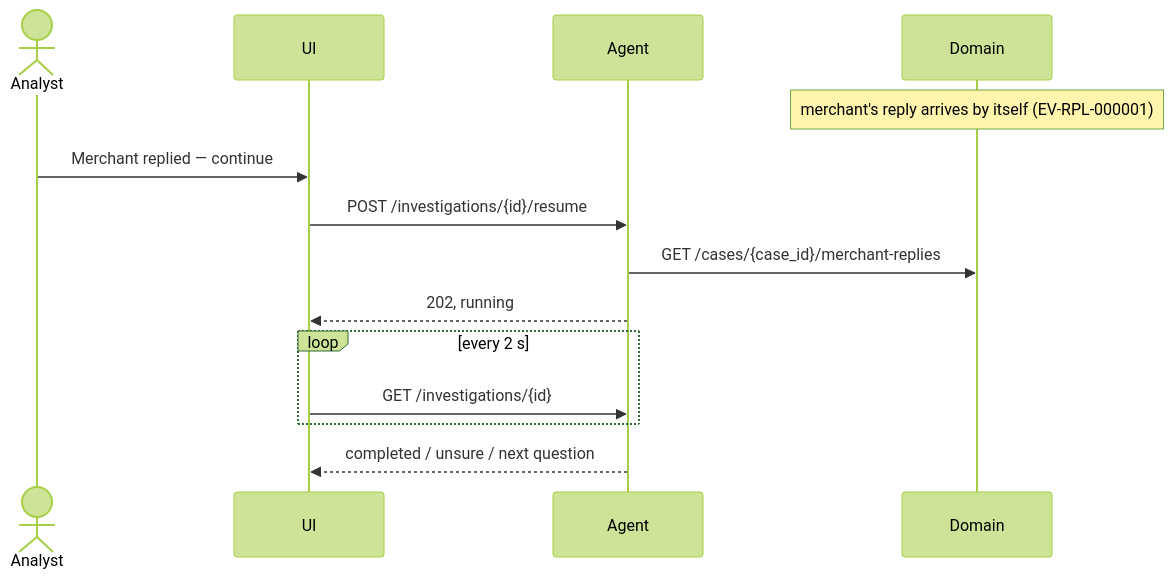
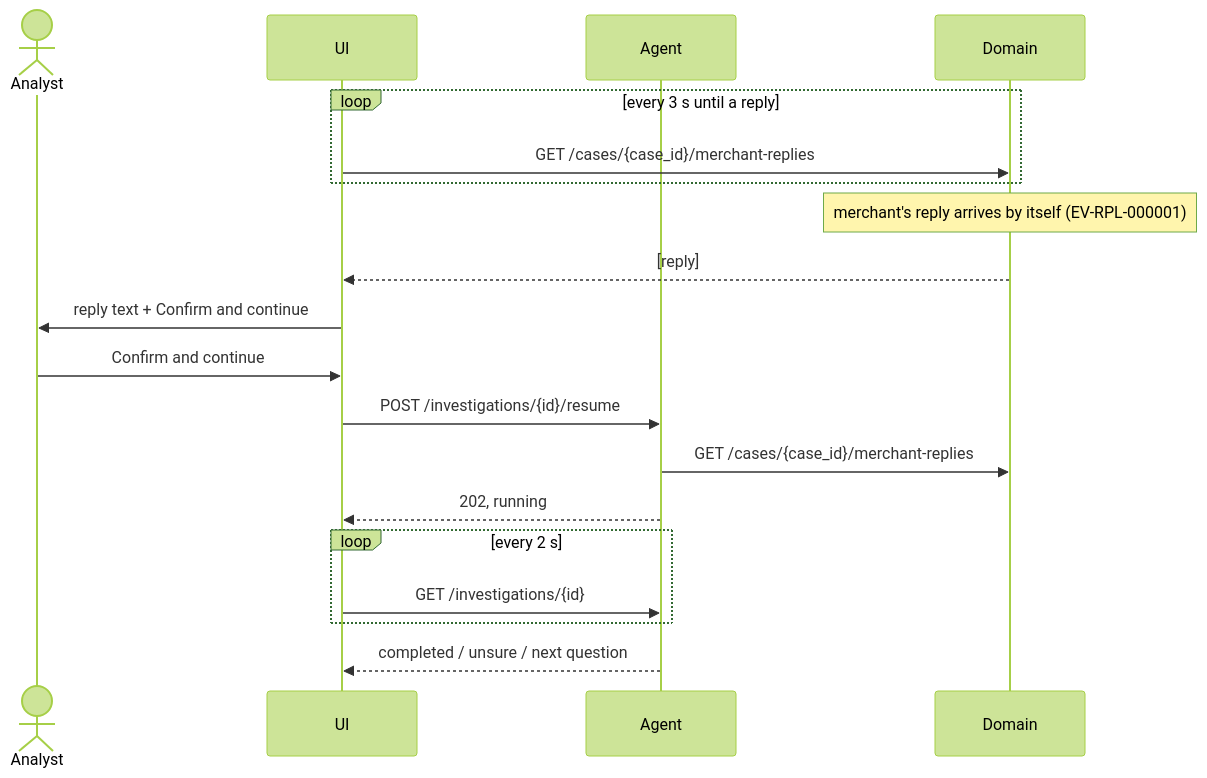
The third of 3 diagrams in docs/ui-workflow.md (Beaconfire-GenAI-Sep26/retail-internal-ai-agent), drawn with Mermaid (forest theme) before and after one commit. The commit also changed other lines of this file and 8 other files, not shown here.

First line of the commit message:
SCRUM-28 D-05 Show the merchant's reply live and confirm it to resume

````diff
--- a/docs/ui-workflow.md
+++ b/docs/ui-workflow.md
@@ -309,16 +311,21 @@
 ```mermaid
 sequenceDiagram
   actor A as Analyst
   participant UI
   participant Agent
   participant Domain
+  loop every 3 s until a reply
+    UI->>Domain: GET /cases/{case_id}/merchant-replies
+  end
   Note over Domain: merchant's reply arrives by itself (EV-RPL-000001)
-  A->>UI: Merchant replied — continue
+  Domain-->>UI: [reply]
+  UI->>A: reply text + Confirm and continue
+  A->>UI: Confirm and continue
   UI->>Agent: POST /investigations/{id}/resume
   Agent->>Domain: GET /cases/{case_id}/merchant-replies
   Agent-->>UI: 202, running
   loop every 2 s
     UI->>Agent: GET /investigations/{id}
   end
   Agent-->>UI: completed / unsure / next question
 ```
````
